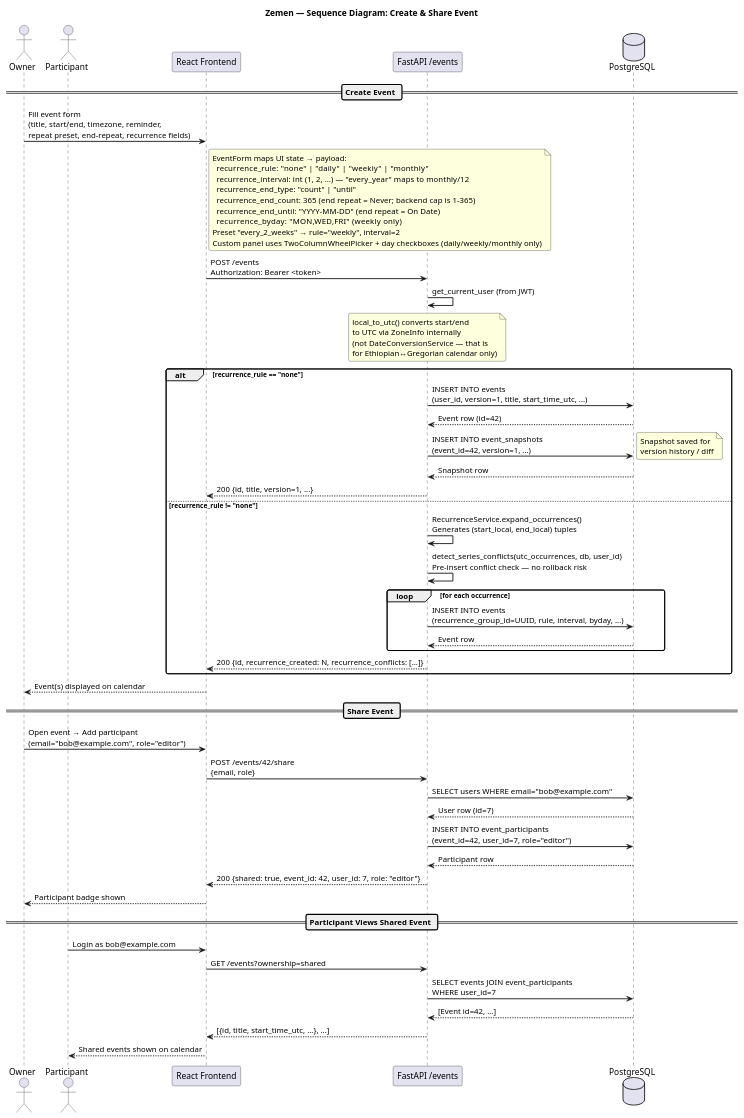
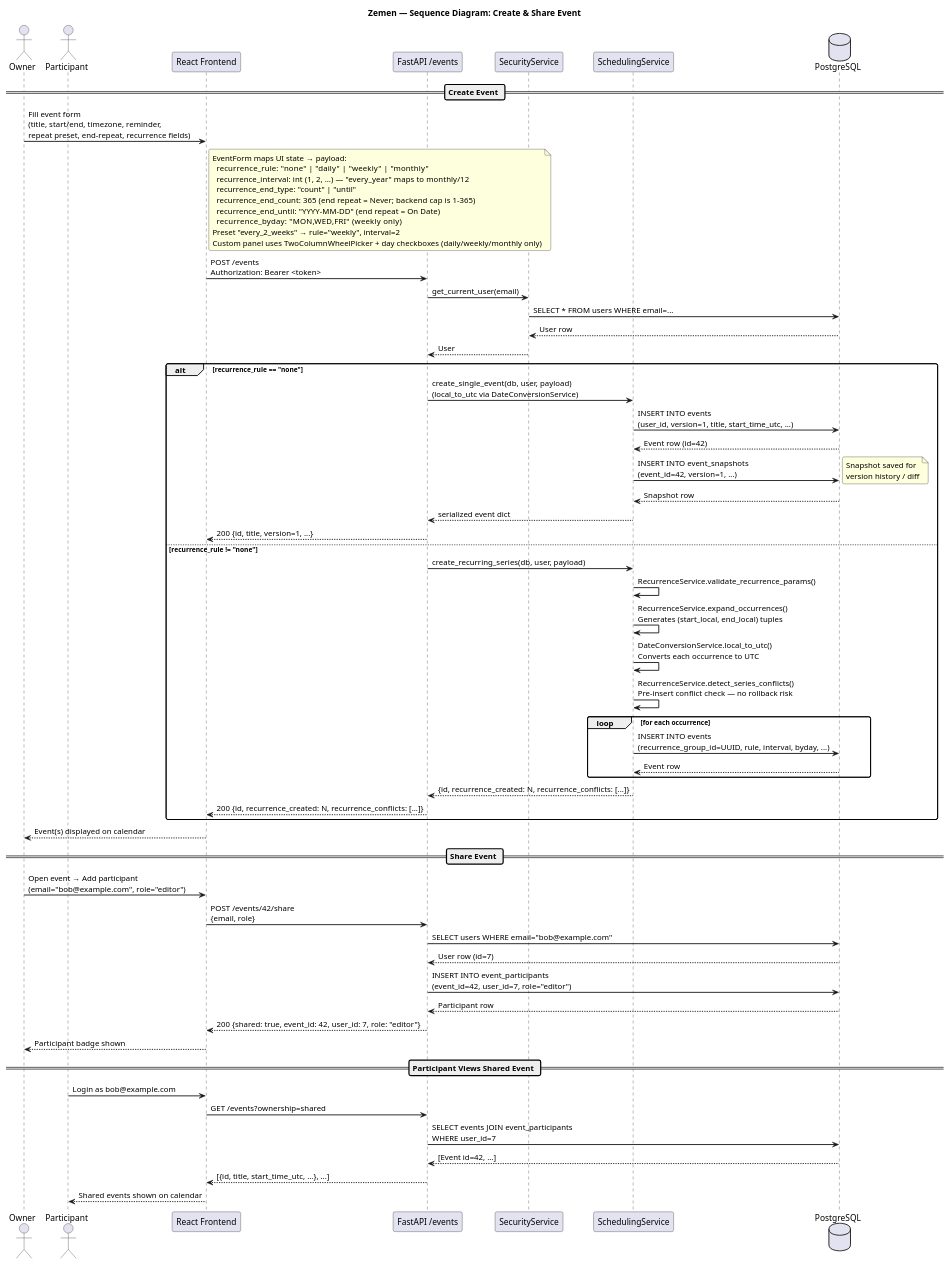
Before and after one commit to aklesiaberihu/Dual-Calendar-: the diagram in docs/uml/seq_create_event.puml, drawn with PlantUML. The commit also changed 28 other files, not shown here.

```diff
--- a/docs/uml/seq_create_event.puml
+++ b/docs/uml/seq_create_event.puml
@@ -1,69 +1,79 @@
 @startuml Sequence_Create_Event
 title Zemen — Sequence Diagram: Create & Share Event
 
 skinparam sequenceArrowThickness 1.5
 skinparam roundcorner 6
 skinparam FontName Arial
 
 actor       "Owner"          as O
 actor       "Participant"     as P
 participant "React Frontend"  as FE
 participant "FastAPI /events" as EV
+participant "SecurityService" as SEC
+participant "SchedulingService" as SCHED
 database    "PostgreSQL"      as DB
 
 == Create Event ==
 
 O -> FE : Fill event form\n(title, start/end, timezone, reminder,\nrepeat preset, end-repeat, recurrence fields)
 note right of FE
   EventForm maps UI state → payload:
     recurrence_rule:     "none" | "daily" | "weekly" | "monthly"
     recurrence_interval: int (1, 2, …)   — "every_year" maps to monthly/12
     recurrence_end_type: "count" | "until"
     recurrence_end_count: 365  (end repeat = Never; backend cap is 1-365)
     recurrence_end_until: "YYYY-MM-DD"  (end repeat = On Date)
     recurrence_byday:    "MON,WED,FRI"  (weekly only)
   Preset "every_2_weeks" → rule="weekly", interval=2
   Custom panel uses TwoColumnWheelPicker + day checkboxes (daily/weekly/monthly only)
 end note
 FE -> EV : POST /events\nAuthorization: Bearer <token>
-EV -> EV : get_current_user (from JWT)
-note over EV : local_to_utc() converts start/end\nto UTC via ZoneInfo internally\n(not DateConversionService — that is\nfor Ethiopian↔Gregorian calendar only)
+EV -> SEC : get_current_user(email)
+SEC -> DB : SELECT * FROM users WHERE email=...
+DB --> SEC : User row
+SEC --> EV : User
 alt recurrence_rule == "none"
-  EV -> DB : INSERT INTO events\n(user_id, version=1, title, start_time_utc, ...)
-  DB --> EV : Event row (id=42)
-  EV -> DB : INSERT INTO event_snapshots\n(event_id=42, version=1, ...)
+  EV -> SCHED : create_single_event(db, user, payload)\n(local_to_utc via DateConversionService)
+  SCHED -> DB : INSERT INTO events\n(user_id, version=1, title, start_time_utc, ...)
+  DB --> SCHED : Event row (id=42)
+  SCHED -> DB : INSERT INTO event_snapshots\n(event_id=42, version=1, ...)
   note right : Snapshot saved for\nversion history / diff
-  DB --> EV : Snapshot row
+  DB --> SCHED : Snapshot row
+  SCHED --> EV : serialized event dict
   EV --> FE : 200 {id, title, version=1, ...}
 else recurrence_rule != "none"
-  EV -> EV : RecurrenceService.expand_occurrences()\nGenerates (start_local, end_local) tuples
-  EV -> EV : detect_series_conflicts(utc_occurrences, db, user_id)\nPre-insert conflict check — no rollback risk
+  EV -> SCHED : create_recurring_series(db, user, payload)
+  SCHED -> SCHED : RecurrenceService.validate_recurrence_params()
+  SCHED -> SCHED : RecurrenceService.expand_occurrences()\nGenerates (start_local, end_local) tuples
+  SCHED -> SCHED : DateConversionService.local_to_utc()\nConverts each occurrence to UTC
+  SCHED -> SCHED : RecurrenceService.detect_series_conflicts()\nPre-insert conflict check — no rollback risk
   loop for each occurrence
-    EV -> DB : INSERT INTO events\n(recurrence_group_id=UUID, rule, interval, byday, ...)
-    DB --> EV : Event row
+    SCHED -> DB : INSERT INTO events\n(recurrence_group_id=UUID, rule, interval, byday, ...)
+    DB --> SCHED : Event row
   end
+  SCHED --> EV : {id, recurrence_created: N, recurrence_conflicts: [...]}
   EV --> FE : 200 {id, recurrence_created: N, recurrence_conflicts: [...]}
 end
 FE --> O : Event(s) displayed on calendar
 
 == Share Event ==
 
 O -> FE : Open event → Add participant\n(email="bob@example.com", role="editor")
 FE -> EV : POST /events/42/share\n{email, role}
 EV -> DB : SELECT users WHERE email="bob@example.com"
 DB --> EV : User row (id=7)
 EV -> DB : INSERT INTO event_participants\n(event_id=42, user_id=7, role="editor")
 DB --> EV : Participant row
 EV --> FE : 200 {shared: true, event_id: 42, user_id: 7, role: "editor"}
 FE --> O : Participant badge shown
 
 == Participant Views Shared Event ==
 
 P -> FE : Login as bob@example.com
 FE -> EV : GET /events?ownership=shared
 EV -> DB : SELECT events JOIN event_participants\nWHERE user_id=7
 DB --> EV : [Event id=42, ...]
 EV --> FE : [{id, title, start_time_utc, ...}, ...]
 FE --> P : Shared events shown on calendar
 
 @enduml
```
